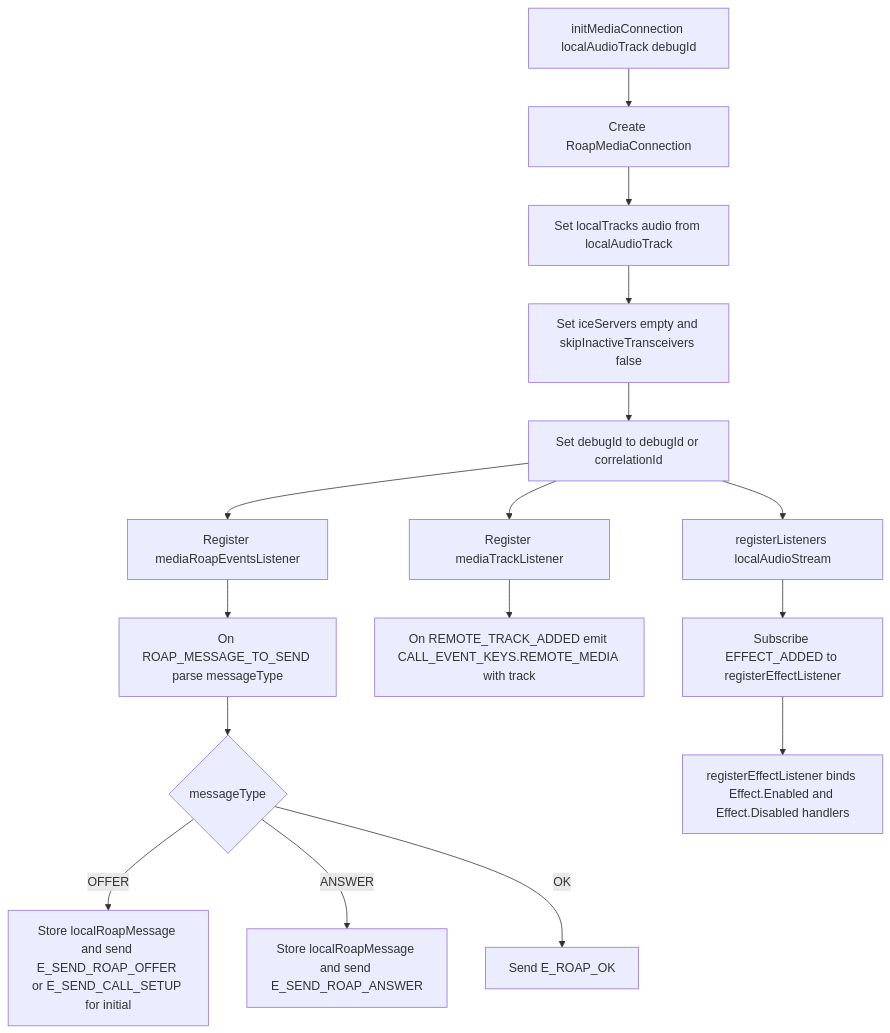
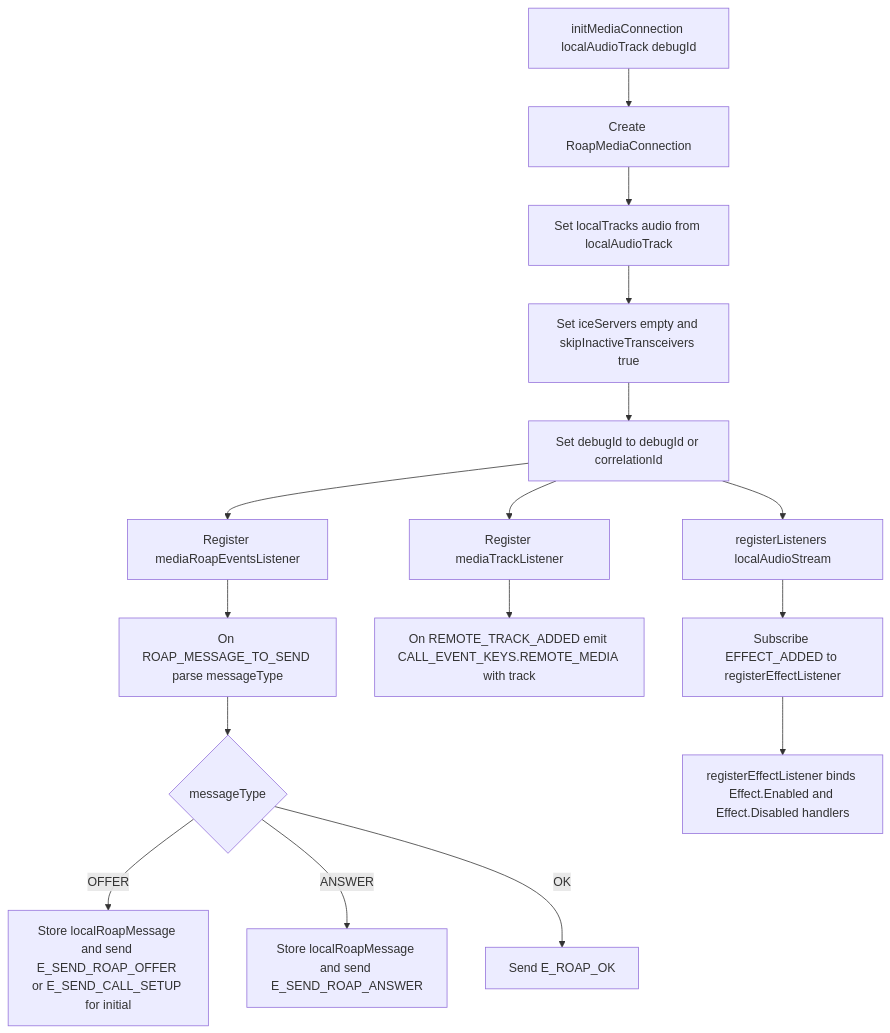
One commit to webex/webex-js-sdk changed diagram 14 of 19 in packages/calling/src/CallingClient/calling/ai-docs/ARCHITECTURE.md. Above: the diagram before and after it, drawn with Mermaid. The commit also changed other lines of this file and 1 other file, not shown here.

````diff
--- a/packages/calling/src/CallingClient/calling/ai-docs/ARCHITECTURE.md
+++ b/packages/calling/src/CallingClient/calling/ai-docs/ARCHITECTURE.md
@@ -628,21 +674,21 @@
 ```mermaid
 flowchart TD
     A[initMediaConnection localAudioTrack debugId] --> B[Create RoapMediaConnection]
     B --> C[Set localTracks audio from localAudioTrack]
-    C --> D[Set iceServers empty and skipInactiveTransceivers false]
+    C --> D[Set iceServers empty and skipInactiveTransceivers true]
     D --> E[Set debugId to debugId or correlationId]
 
     E --> F[Register mediaRoapEventsListener]
     F --> G[On ROAP_MESSAGE_TO_SEND parse messageType]
     G --> H{messageType}
     H -->|OFFER| H1[Store localRoapMessage and send E_SEND_ROAP_OFFER or E_SEND_CALL_SETUP for initial]
     H -->|ANSWER| H2[Store localRoapMessage and send E_SEND_ROAP_ANSWER]
     H -->|OK| H3[Send E_ROAP_OK]
 
     E --> I[Register mediaTrackListener]
     I --> J[On REMOTE_TRACK_ADDED emit CALL_EVENT_KEYS.REMOTE_MEDIA with track]
 
     E --> K[registerListeners localAudioStream]
     K --> L[Subscribe EFFECT_ADDED to registerEffectListener]
     L --> M[registerEffectListener binds Effect.Enabled and Effect.Disabled handlers]
 ```
````
